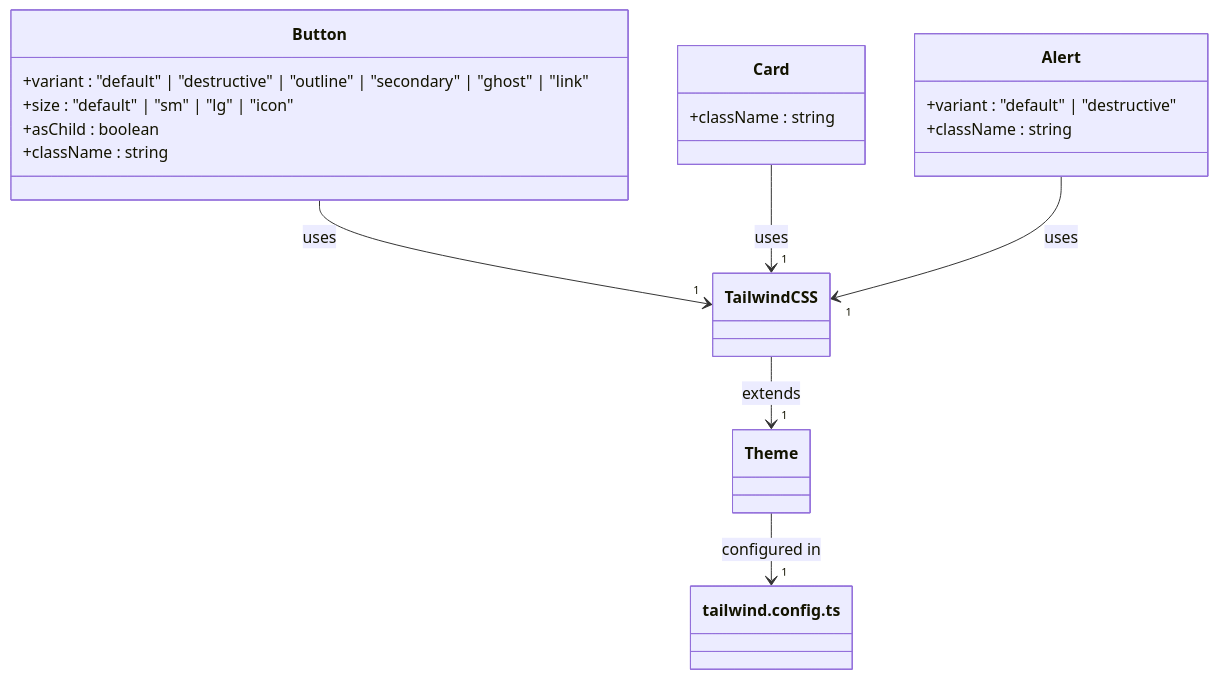
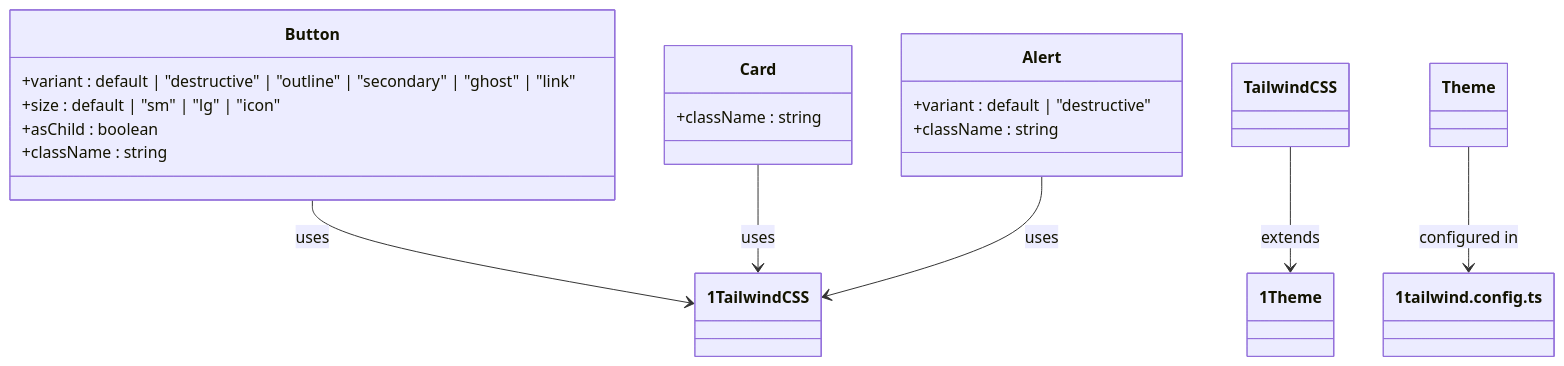
The third of 7 diagrams in .qoder/repowiki/en/content/Technology Stack & Dependencies.md (mohjak/sc-dof), drawn with Mermaid before and after one commit. The commit also changed other lines of this file and 68 other files, not shown here.

First line of the commit message:
docs(docs): update component architecture docs with markdown formatting fixes

````diff
--- a/.qoder/repowiki/en/content/Technology Stack & Dependencies.md
+++ b/.qoder/repowiki/en/content/Technology Stack & Dependencies.md
@@ -91,21 +89,21 @@
 ```mermaid
 classDiagram
 class Button {
-+variant : "default" | "destructive" | "outline" | "secondary" | "ghost" | "link"
-+size : "default" | "sm" | "lg" | "icon"
++variant : default | "destructive" | "outline" | "secondary" | "ghost" | "link"
++size : default | "sm" | "lg" | "icon"
 +asChild : boolean
 +className : string
 }
 class Card {
 +className : string
 }
 class Alert {
-+variant : "default" | "destructive"
++variant : default | "destructive"
 +className : string
 }
-Button --> "1" TailwindCSS : uses
-Card --> "1" TailwindCSS : uses
-Alert --> "1" TailwindCSS : uses
-TailwindCSS --> "1" Theme : extends
-Theme --> "1" tailwind.config.ts : configured in
+Button --> 1 TailwindCSS : uses
+Card --> 1 TailwindCSS : uses
+Alert --> 1 TailwindCSS : uses
+TailwindCSS --> 1 Theme : extends
+Theme --> 1 tailwind.config.ts : configured in
 ```
````
